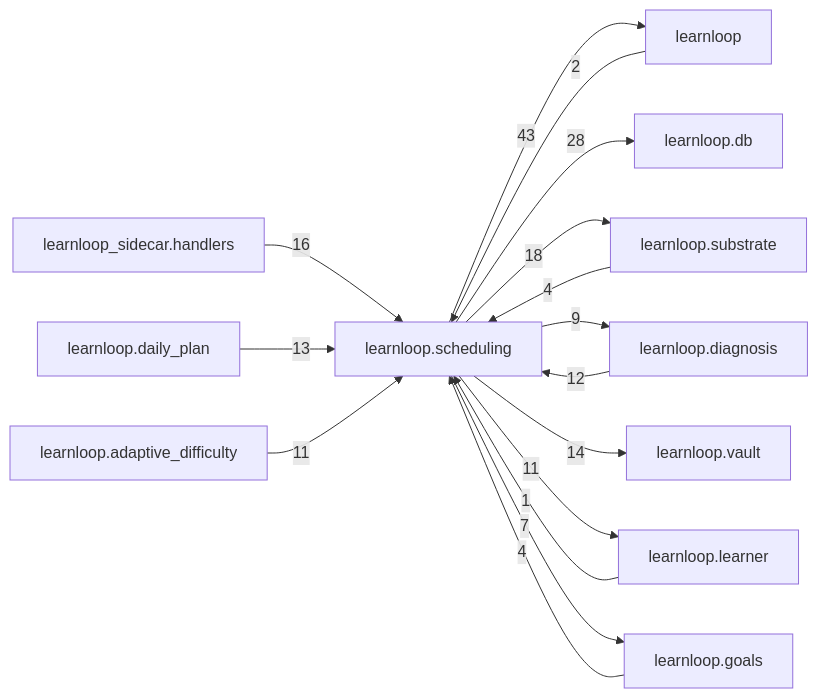
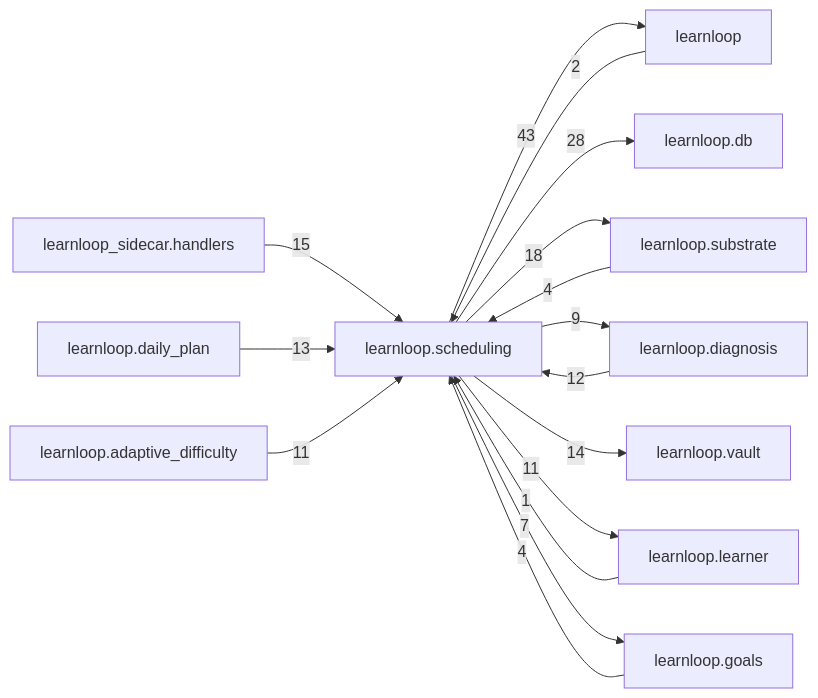
The diagram in docs/learnloop-architecture-vault/Reference/Modules/learnloop/scheduling/_package.md (6up-b/learnanything), drawn with Mermaid before and after one commit. The commit also changed other lines of this file and 154 other files, not shown here.

````diff
--- a/docs/learnloop-architecture-vault/Reference/Modules/learnloop/scheduling/_package.md
+++ b/docs/learnloop-architecture-vault/Reference/Modules/learnloop/scheduling/_package.md
@@ -188,29 +188,29 @@
 ```mermaid
 flowchart LR
     center["learnloop.scheduling"]
     n_learnloop["learnloop"]
     n_learnloop_db["learnloop.db"]
     n_learnloop_substrate["learnloop.substrate"]
     n_learnloop_diagnosis["learnloop.diagnosis"]
     n_learnloop_sidecar_handlers["learnloop_sidecar.handlers"]
     n_learnloop_vault["learnloop.vault"]
     n_learnloop_daily_plan["learnloop.daily_plan"]
     n_learnloop_learner["learnloop.learner"]
     n_learnloop_adaptive_difficulty["learnloop.adaptive_difficulty"]
     n_learnloop_goals["learnloop.goals"]
     n_learnloop -->|2| center
     center -->|43| n_learnloop
     center -->|28| n_learnloop_db
     n_learnloop_substrate -->|4| center
     center -->|18| n_learnloop_substrate
     n_learnloop_diagnosis -->|12| center
     center -->|9| n_learnloop_diagnosis
-    n_learnloop_sidecar_handlers -->|16| center
+    n_learnloop_sidecar_handlers -->|15| center
     center -->|14| n_learnloop_vault
     n_learnloop_daily_plan -->|13| center
     n_learnloop_learner -->|1| center
     center -->|11| n_learnloop_learner
     n_learnloop_adaptive_difficulty -->|11| center
     n_learnloop_goals -->|4| center
     center -->|7| n_learnloop_goals
 ```
````
